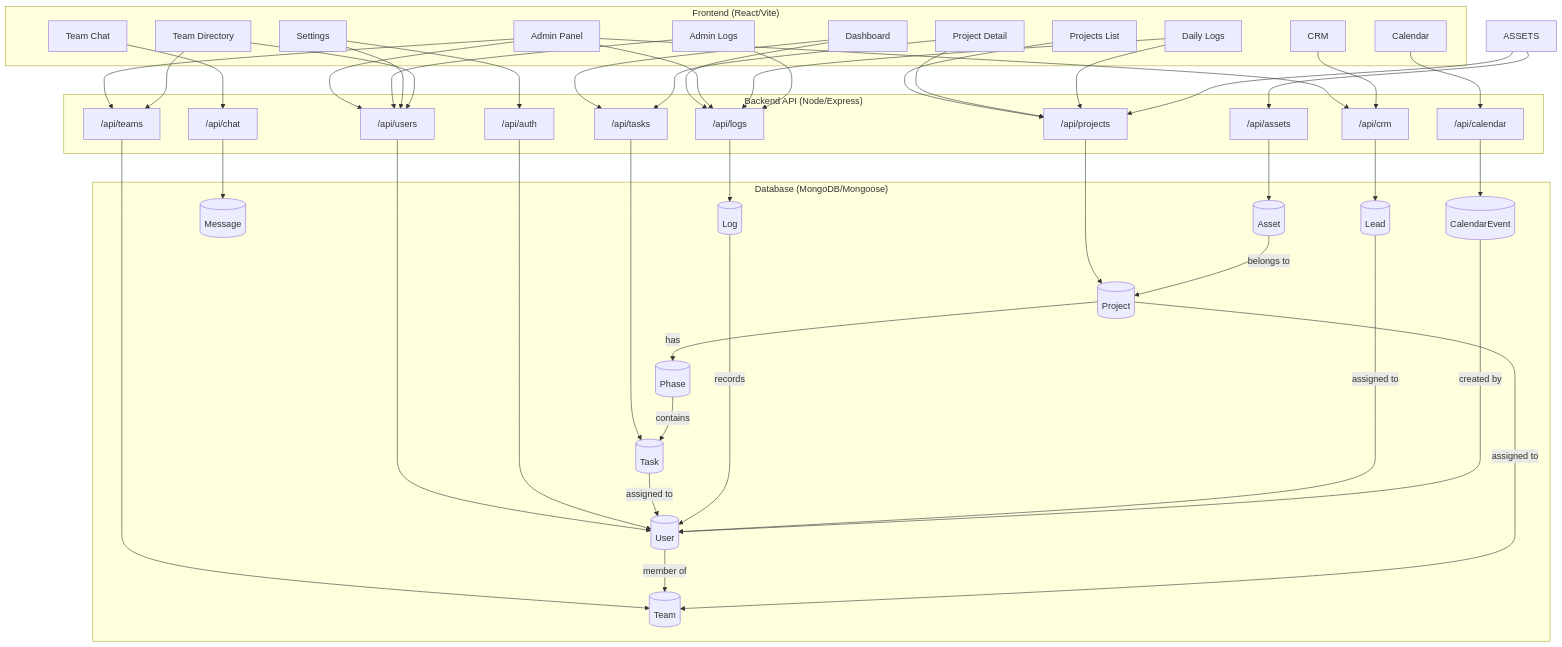
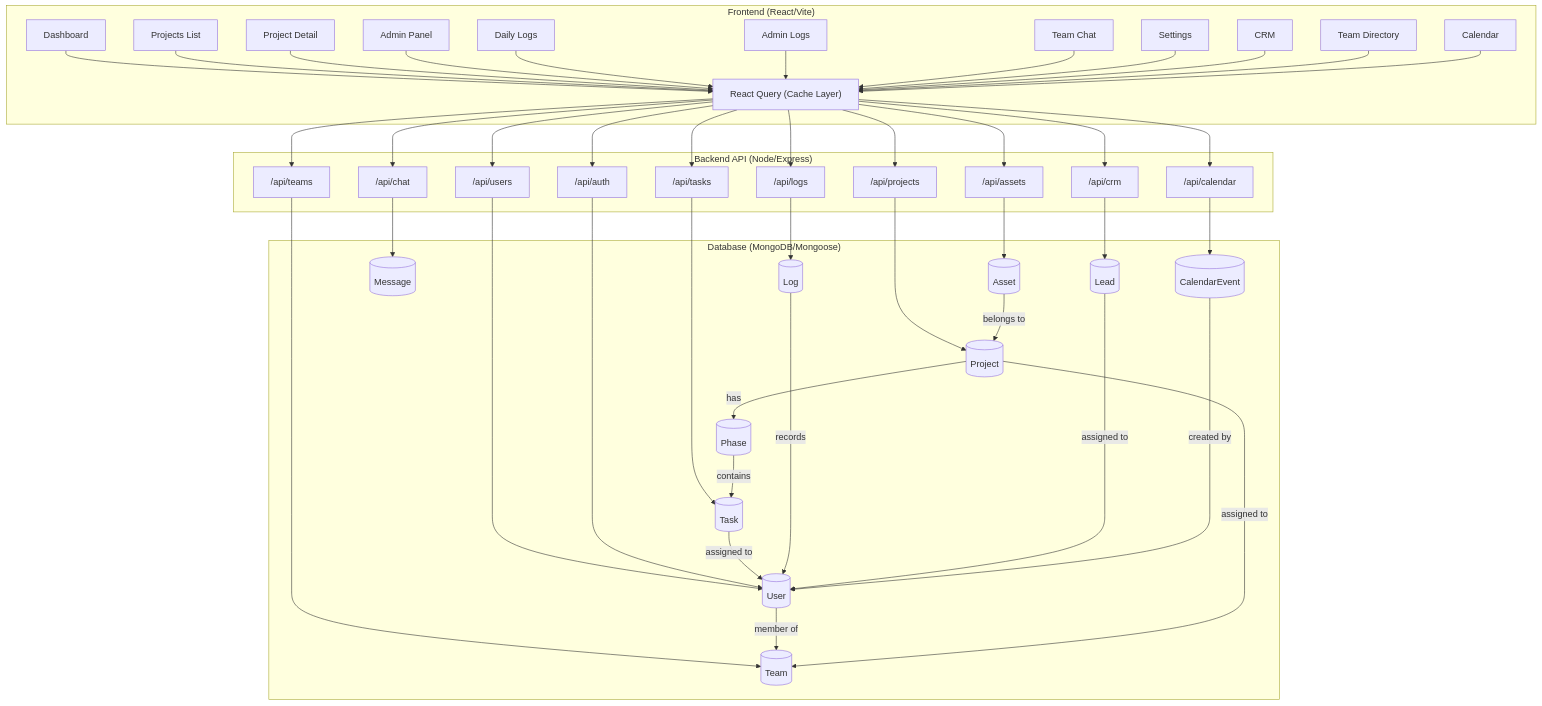
The diagram in agentic_memory/architecture_map.md (RaghavSobti37/Taskmaster), drawn with Mermaid before and after one commit. The commit also changed other lines of this file and 40 other files, not shown here.

Commit message:
feat: implement React Query optimization and update documentation

````diff
--- a/agentic_memory/architecture_map.md
+++ b/agentic_memory/architecture_map.md
@@ -7,76 +7,67 @@
 ```mermaid
 graph TD
     subgraph Frontend ["Frontend (React/Vite)"]
         D[Dashboard]
         PL[Projects List]
         PD[Project Detail]
         AP[Admin Panel]
         DL[Daily Logs]
         AL[Admin Logs]
         CH[Team Chat]
         ST[Settings]
         CRM_F[CRM]
         TV[Team Directory]
         CV[Calendar]
+        RQ["React Query (Cache Layer)"]
     end
 
     subgraph API ["Backend API (Node/Express)"]
         T_API["/api/tasks"]
         P_API["/api/projects"]
         U_API["/api/users"]
         L_API["/api/logs"]
         A_API["/api/auth"]
         TM_API["/api/teams"]
         C_API["/api/chat"]
         CR_API["/api/crm"]
         AS_API["/api/assets"]
         CAL_API["/api/calendar"]
     end
 
     subgraph Models ["Database (MongoDB/Mongoose)"]
         M_Task[(Task)]
         M_Project[(Project)]
         M_User[(User)]
         M_Log[(Log)]
         M_Phase[(Phase)]
         M_Team[(Team)]
         M_Message[(Message)]
         M_Lead[(Lead)]
         M_Asset[(Asset)]
         M_Event[(CalendarEvent)]
     end
 
-    D --> T_API & L_API
-    PL --> P_API
-    PD --> P_API & T_API
-    AP --> U_API & L_API & TM_API & CR_API
-    DL --> L_API & P_API
-    AL --> L_API & U_API
-    CH --> C_API
-    ST --> U_API & A_API
-    CRM_F --> CR_API
-    ASSETS --> AS_API & P_API
-    TV --> U_API & TM_API
-    CV --> CAL_API
+    D & PL & PD & AP & DL & AL & CH & ST & CRM_F & TV & CV --> RQ
+    RQ --> T_API & P_API & U_API & L_API & A_API & TM_API & C_API & CR_API & AS_API & CAL_API
 
     T_API --> M_Task
     P_API --> M_Project
     U_API --> M_User
     L_API --> M_Log
     A_API --> M_User
     TM_API --> M_Team
     C_API --> M_Message
     CR_API --> M_Lead
     AS_API --> M_Asset
     CAL_API --> M_Event
 
     M_Project -- "has" --> M_Phase
     M_Phase -- "contains" --> M_Task
     M_Task -- "assigned to" --> M_User
     M_User -- "member of" --> M_Team
     M_Project -- "assigned to" --> M_Team
     M_Log -- "records" --> M_User
     M_Asset -- "belongs to" --> M_Project
     M_Lead -- "assigned to" --> M_User
     M_Event -- "created by" --> M_User
 ```
````
